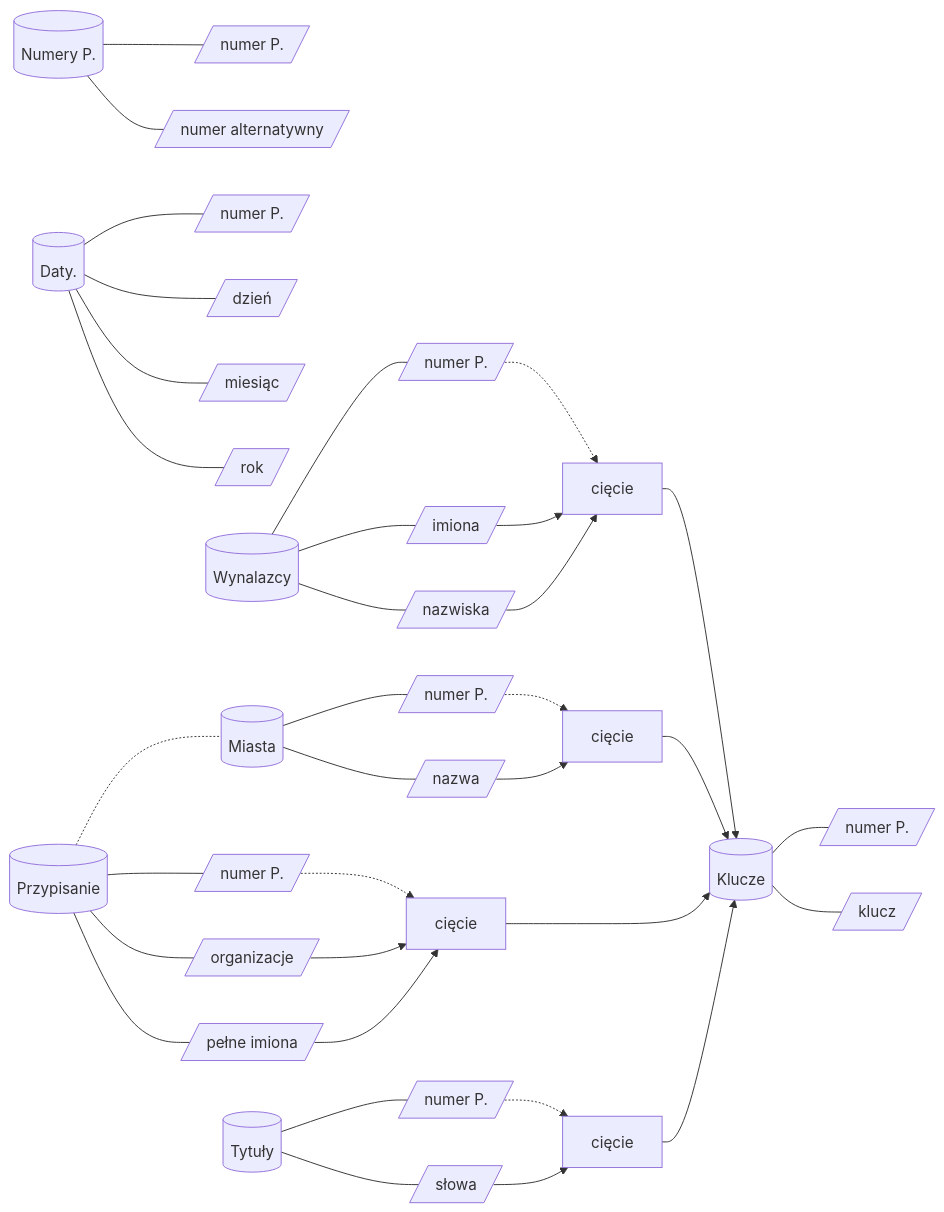
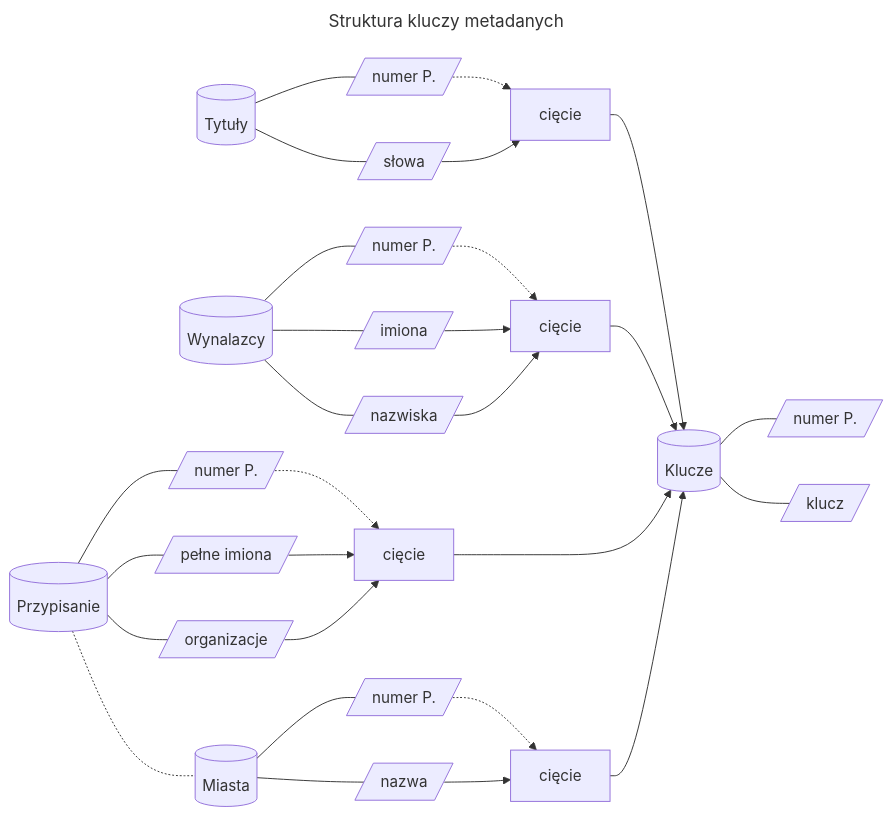
The second of 4 diagrams in meta/readme.md (adamAfro/UPRP), drawn with Mermaid before and after one commit. The commit also changed other lines of this file and 2 other files, not shown here.

Commit message:
markdown formatowanie nagłówków i uproszczenie wykresów

````diff
--- a/meta/readme.md
+++ b/meta/readme.md
@@ -11,52 +20,27 @@
 ```mermaid
+---
+title: Struktura kluczy metadanych
+---
 graph LR;
-
-P[(Numery P.)]
-P --- pP[/numer P./]
-P --- nP[/numer alternatywny/]
-
-D[(Daty.)]
-D --- pD[/numer P./]
-D --- dD[/dzień/]
-D --- mD[/miesiąc/]
-D --- yD[/rok/]
-
 N[(Wynalazcy)]
-N --- pN[/numer P./]
-N --- nN[/imiona/]
-N --- sN[/nazwiska/]
-
-pN -.-> cN[cięcie]
-nN --> cN[cięcie]
-sN --> cN[cięcie]
-cN --> X[(Klucze)]
-
-A[(Przypisanie)]
-A --- pA[/numer P./]
-A --- nA[/pełne imiona/]
-A --- sA[/organizacje/]
-
-A -.- G[(Miasta)]
-G --- pG[/numer P./]
-G --- nG[/nazwa/]
-
-pG -.-> cG[cięcie]
-nG --> cG[cięcie]
-cG --> X[(Klucze)]
-
-pA -.-> cA[cięcie]
-sA --> cA[cięcie]
-nA --> cA[cięcie]
-cA --> X[(Klucze)]
-
+  N --- pN[/numer P./] -.-> cN
+  N --- nN[/imiona/] --> cN
+  N --- sN[/nazwiska/] --> cN
+A[(Przypisanie)] -.- G[(Miasta)]
+  A --- pA[/numer P./] -.-> cA
+  A --- nA[/pełne imiona/] --> cA
+  A --- sA[/organizacje/] --> cA
+G[(Miasta)]
+  G --- pG[/numer P./] -.-> cG[cięcie]
+  G --- nG[/nazwa/] --> cG[cięcie]
 T[(Tytuły)]
-T --- pT[/numer P./]
-T --- nT[/słowa/]
-
-pT -.-> cT[cięcie]
-nT --> cT[cięcie]
-cT --> X[(Klucze)]
-
-X --- pX[/numer P./]
-X --- nX[/klucz/]
+  T --- pT[/numer P./] -.-> cT
+  T --- nT[/słowa/] --> cT
+X[(Klucze)]
+  X --- pX[/numer P./]
+  X --- nX[/klucz/]
+  cT[cięcie] --> X[(Klucze)]
+  cN[cięcie] --> X[(Klucze)]
+  cA[cięcie] --> X[(Klucze)]
+  cG[cięcie] --> X[(Klucze)]
 ```
````
